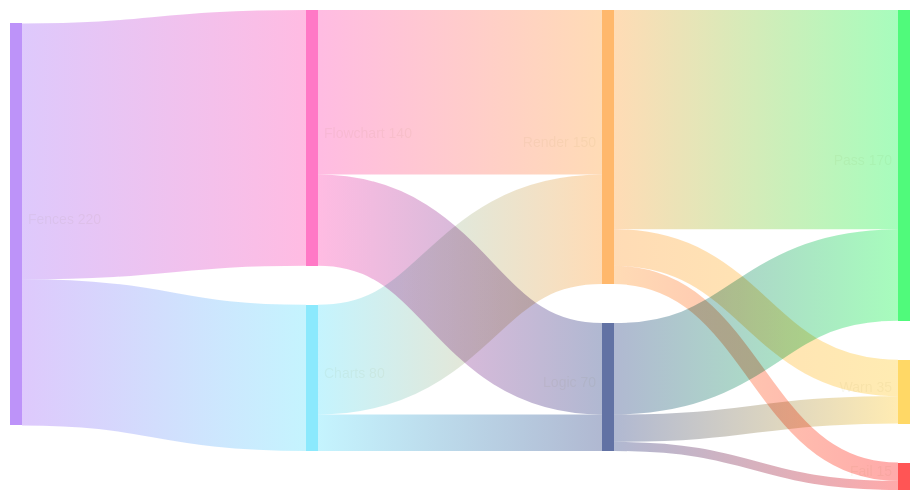
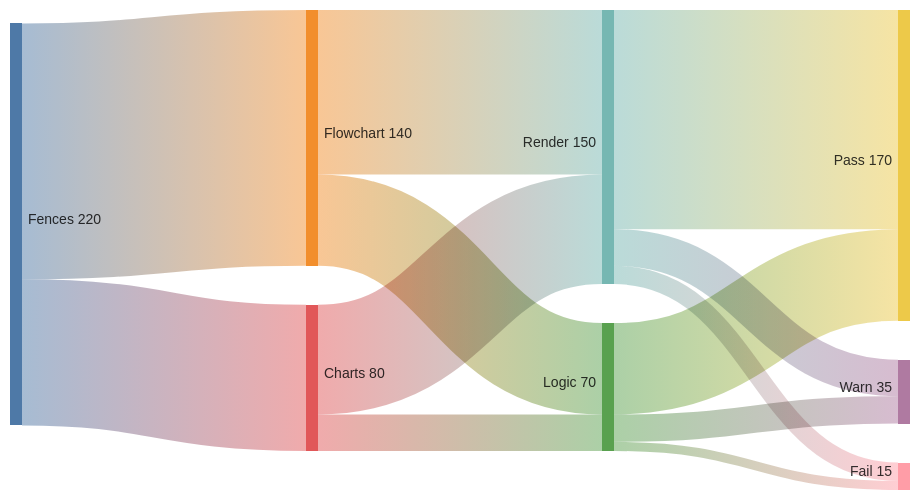
The seventh of 25 diagrams in .claude/skills/mermaid-diagramming/references/syntax-extended.md (bsamiee/Rasm), drawn with Mermaid before and after one commit. The commit also changed other lines of this file and 28 other files, not shown here.

Commit message:
skills(docgen+mermaid): payload-only diagram law — docgen gate/fixer strips fence styling; mermaid bundle sheds the styling canon, theming survives as one opt-in reference

````diff
--- a/.claude/skills/mermaid-diagramming/references/syntax-extended.md
+++ b/.claude/skills/mermaid-diagramming/references/syntax-extended.md
@@ -386,44 +220,24 @@
 ```mermaid
 ---
 config:
-  theme: base
-  look: classic
   sankey:
-    labelStyle: legacy
-    linkColor: gradient
     nodeWidth: 12
     nodePadding: 24
     width: 900
     height: 480
-    nodeColors:
-      Fences: "#BD93F9"
-      Flowchart: "#FF79C6"
-      Charts: "#8BE9FD"
-      Render: "#FFB86C"
-      Logic: "#6272A4"
-      Pass: "#50FA7B"
-      Warn: "#FFD866"
-      Fail: "#FF5555"
-  themeVariables:
-    darkMode: true
-    fontFamily: "SF Mono, Menlo, Cascadia Mono, Segoe UI Mono, Consolas, monospace"
-    useGradient: false
-    dropShadow: "none"
-    textColor: "#F8F8F2"
-  themeCSS: ".link{mix-blend-mode:normal;stroke-opacity:.35}.node-labels{font-size:12px}.node-labels text{fill:#F8F8F2}"
 ---
 sankey
 
 Fences,Flowchart,140
 Fences,Charts,80
 Flowchart,Render,90
 Flowchart,Logic,50
 Charts,Render,60
 Charts,Logic,20
 Render,Pass,120
 Render,Warn,20
 Render,Fail,10
 Logic,Pass,50
 Logic,Warn,15
 Logic,Fail,5
 ```
````
